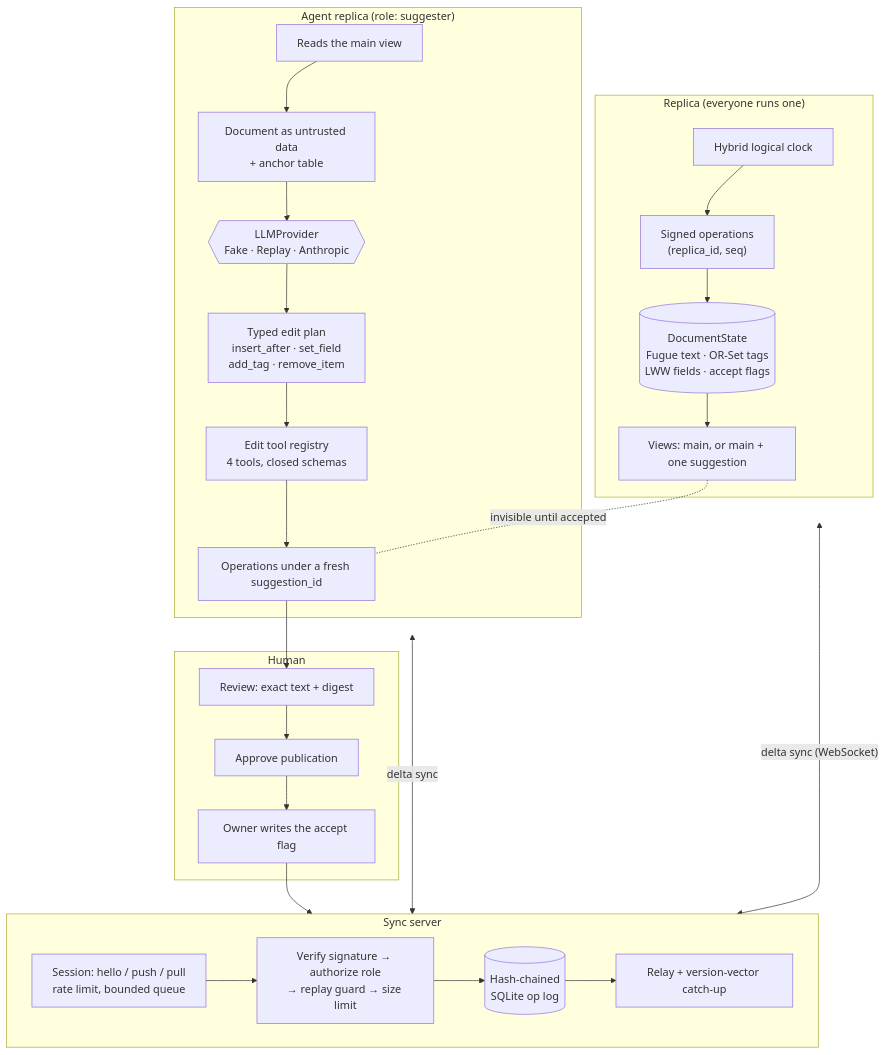
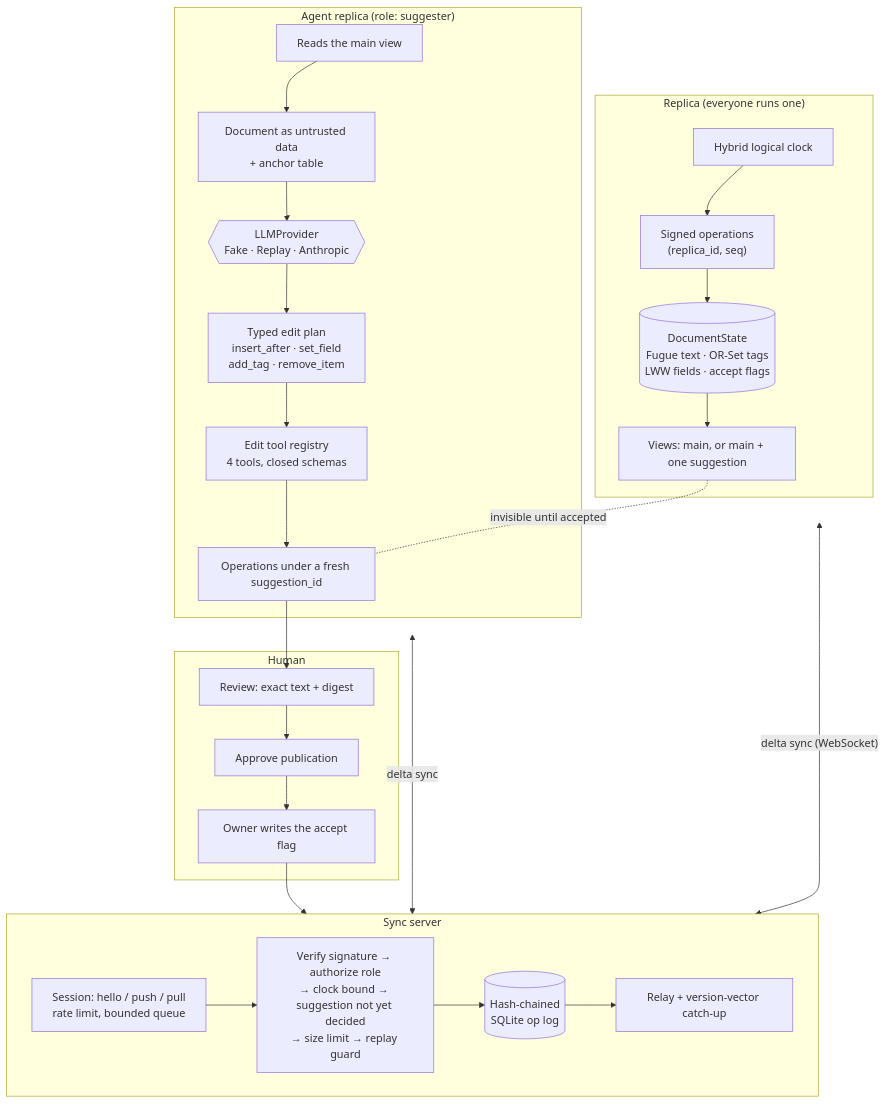
Before and after one commit to rouviere-german/crdt-coedit-agents: the diagram in README.md, drawn with Mermaid. The commit also changed other lines of this file, not shown here.

````diff
--- a/README.md
+++ b/README.md
@@ -29,34 +29,34 @@
 ```mermaid
 flowchart TB
     subgraph replica["Replica (everyone runs one)"]
         clock["Hybrid logical clock"] --> ops
         ops["Signed operations<br/>(replica_id, seq)"] --> state
         state[("DocumentState<br/>Fugue text · OR-Set tags<br/>LWW fields · accept flags")]
         state --> views["Views: main, or main + one suggestion"]
     end
 
     subgraph sync["Sync server"]
         session["Session: hello / push / pull<br/>rate limit, bounded queue"] --> checks
-        checks["Verify signature → authorize role<br/>→ replay guard → size limit"] --> oplog[("Hash-chained<br/>SQLite op log")]
+        checks["Verify signature → authorize role<br/>→ clock bound → suggestion not yet decided<br/>→ size limit → replay guard"] --> oplog[("Hash-chained<br/>SQLite op log")]
         oplog --> relay["Relay + version-vector catch-up"]
     end
 
     subgraph agent["Agent replica (role: suggester)"]
         mainview["Reads the main view"] --> prompt["Document as untrusted data<br/>+ anchor table"]
         prompt --> provider{{"LLMProvider<br/>Fake · Replay · Anthropic"}}
         provider --> plan["Typed edit plan<br/>insert_after · set_field<br/>add_tag · remove_item"]
         plan --> registry["Edit tool registry<br/>4 tools, closed schemas"]
         registry --> draft["Operations under a fresh suggestion_id"]
     end
 
     subgraph human["Human"]
         review["Review: exact text + digest"] --> approve["Approve publication"]
         approve --> accept["Owner writes the accept flag"]
     end
 
     replica <-->|"delta sync (WebSocket)"| sync
     agent <-->|"delta sync"| sync
     draft --> review
     accept --> sync
     views -. "invisible until accepted" .- draft
 ```
````
